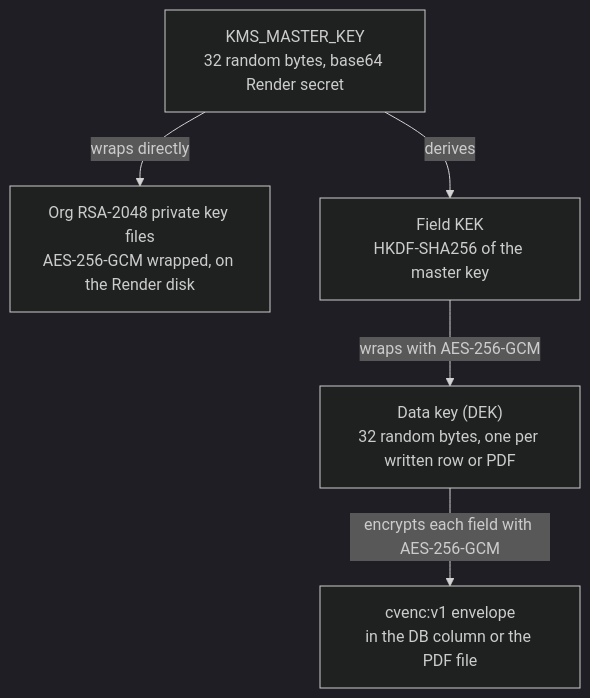
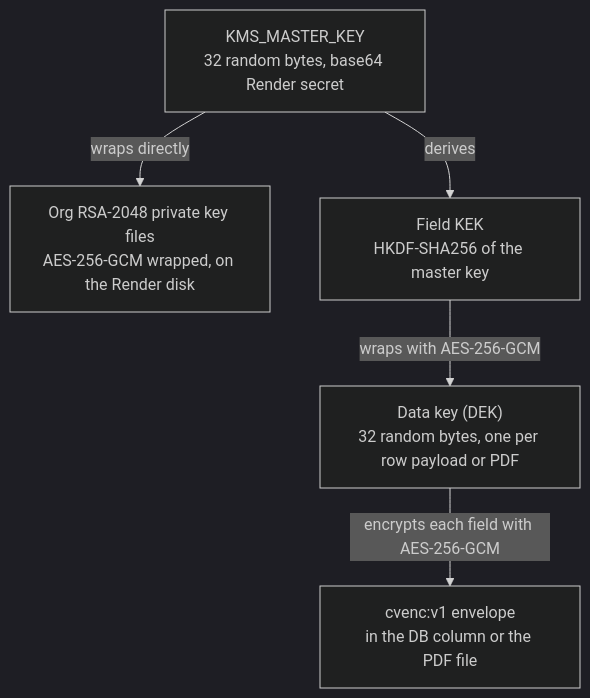
One commit to localhostwastaken/CareerVault changed the fourth of 4 diagrams in documentation/Crypto_Pipeline_Viva_Guide.md. Above: the diagram before and after it, drawn with Mermaid (dark theme). The commit also changed other lines of this file, not shown here.

````diff
--- a/documentation/Crypto_Pipeline_Viva_Guide.md
+++ b/documentation/Crypto_Pipeline_Viva_Guide.md
@@ -295,12 +295,12 @@
 ```mermaid
 flowchart TD
     MK["KMS_MASTER_KEY<br/>32 random bytes, base64 Render secret"]
     ORG["Org RSA-2048 private key files<br/>AES-256-GCM wrapped, on the Render disk"]
     KEK["Field KEK<br/>HKDF-SHA256 of the master key"]
-    DEK["Data key (DEK)<br/>32 random bytes, one per written row or PDF"]
+    DEK["Data key (DEK)<br/>32 random bytes, one per row payload or PDF"]
     ENV["cvenc:v1 envelope<br/>in the DB column or the PDF file"]
     MK -->|"wraps directly"| ORG
     MK -->|"derives"| KEK
     KEK -->|"wraps with AES-256-GCM"| DEK
     DEK -->|"encrypts each field with AES-256-GCM"| ENV
 ```
````
